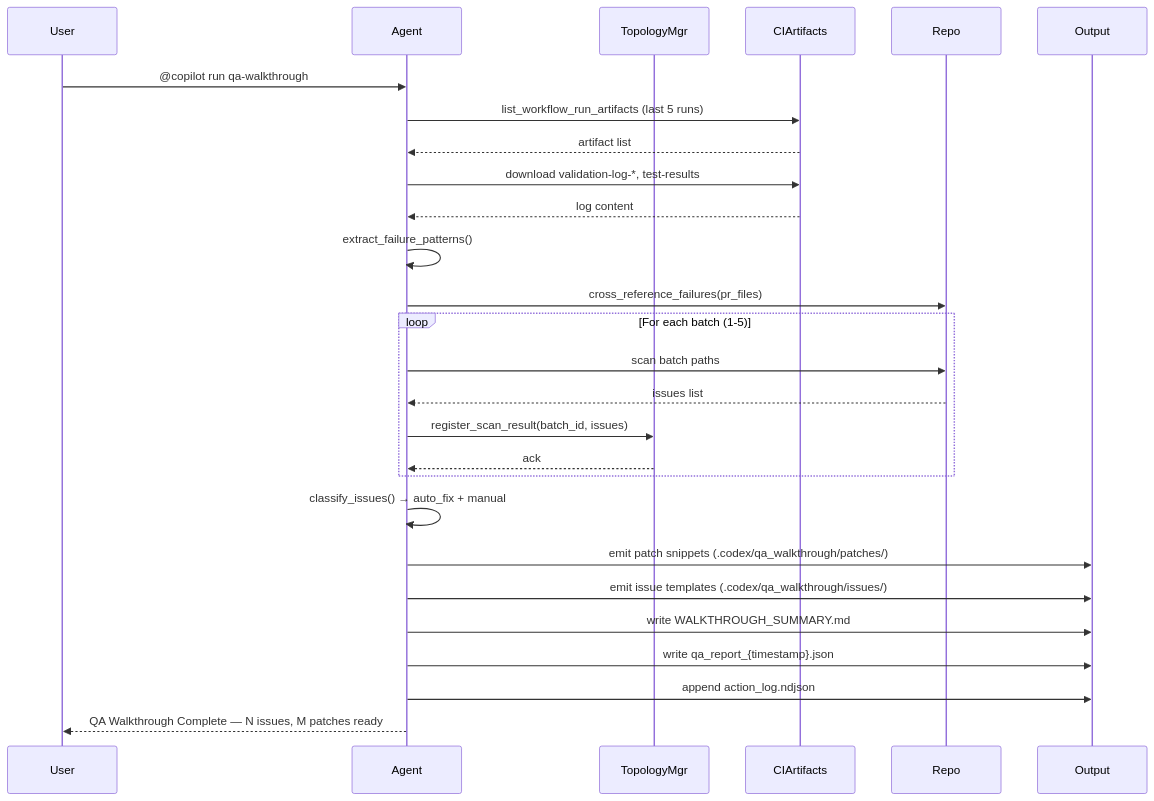
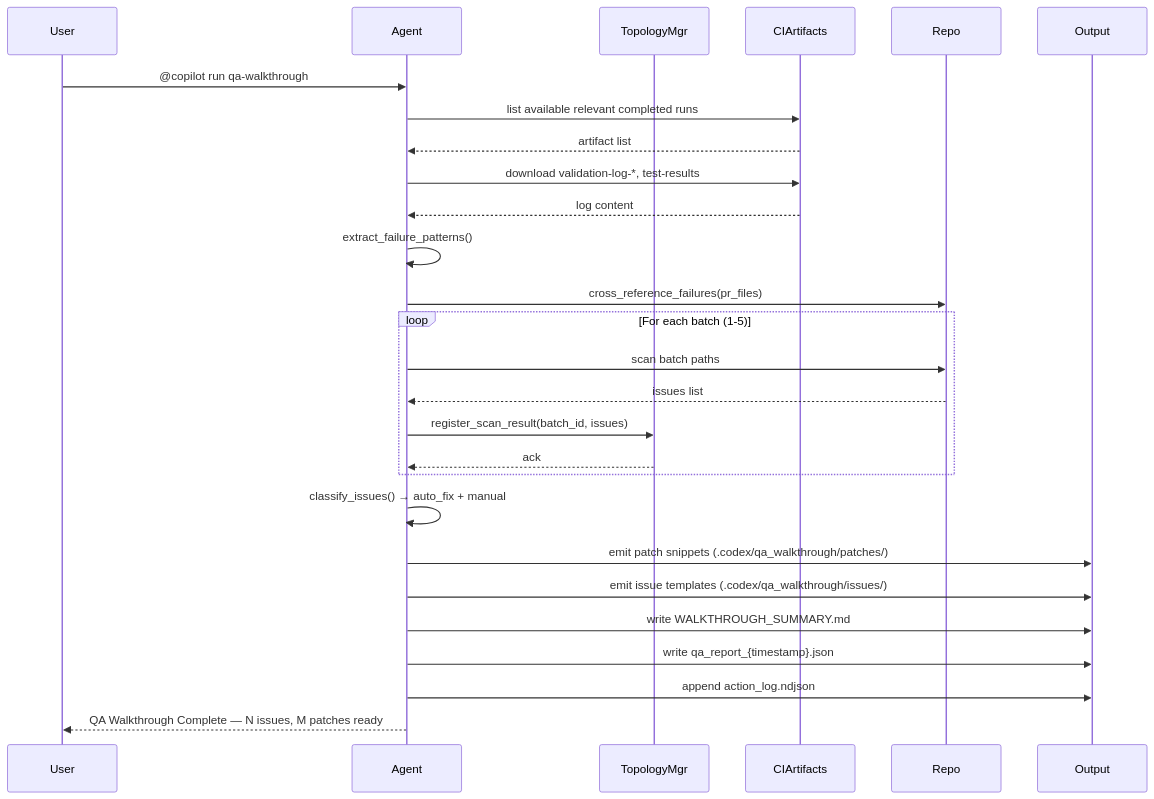
One commit to Aries-Serpent/_codex_ changed the fourth of 7 diagrams in .github/agents/qa-walkthrough-agent.md. Above: the diagram before and after it, drawn with Mermaid. The commit also changed other lines of this file and 1196 other files, not shown here.

````diff
--- a/.github/agents/qa-walkthrough-agent.md
+++ b/.github/agents/qa-walkthrough-agent.md
@@ -741,32 +746,32 @@
 ```mermaid
 sequenceDiagram
     participant User
     participant Agent
     participant TopologyMgr
     participant CIArtifacts
     participant Repo
     participant Output
 
     User->>Agent: @copilot run qa-walkthrough
-    Agent->>CIArtifacts: list_workflow_run_artifacts (last 5 runs)
+    Agent->>CIArtifacts: list available relevant completed runs
     CIArtifacts-->>Agent: artifact list
     Agent->>CIArtifacts: download validation-log-*, test-results
     CIArtifacts-->>Agent: log content
     Agent->>Agent: extract_failure_patterns()
     Agent->>Repo: cross_reference_failures(pr_files)
 
     loop For each batch (1-5)
         Agent->>Repo: scan batch paths
         Repo-->>Agent: issues list
         Agent->>TopologyMgr: register_scan_result(batch_id, issues)
         TopologyMgr-->>Agent: ack
     end
 
     Agent->>Agent: classify_issues() → auto_fix + manual
     Agent->>Output: emit patch snippets (.codex/qa_walkthrough/patches/)
     Agent->>Output: emit issue templates (.codex/qa_walkthrough/issues/)
     Agent->>Output: write WALKTHROUGH_SUMMARY.md
     Agent->>Output: write qa_report_{timestamp}.json
     Agent->>Output: append action_log.ndjson
     Agent-->>User: QA Walkthrough Complete — N issues, M patches ready
 ```
````
